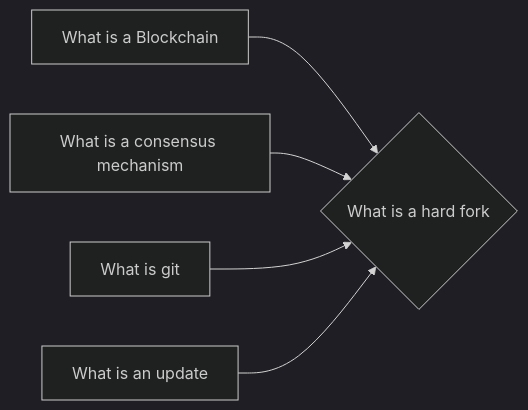
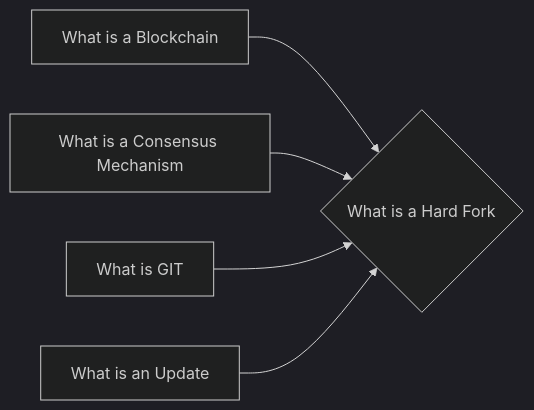
One commit to lpurdy01/crypto-knowledge-map changed the diagram in notes/What_is_a_Hard_Fork.md. Above: the diagram before and after it, drawn with Mermaid (dark theme). The commit also changed 50 other files, not shown here.

````diff
--- a/notes/What_is_a_Hard_Fork.md
+++ b/notes/What_is_a_Hard_Fork.md
@@ -15,7 +15,7 @@
 ```mermaid
 graph LR
-1["What is a Blockchain"]-->0{"What is a hard fork"}
-2["What is a consensus mechanism"]-->0{"What is a hard fork"}
-3["What is git"]-->0{"What is a hard fork"}
-4["What is an update"]-->0{"What is a hard fork"}
+1["What is a Blockchain"]-->0{"What is a Hard Fork"}
+2["What is a Consensus Mechanism"]-->0{"What is a Hard Fork"}
+3["What is GIT"]-->0{"What is a Hard Fork"}
+4["What is an Update"]-->0{"What is a Hard Fork"}
 ```
````
